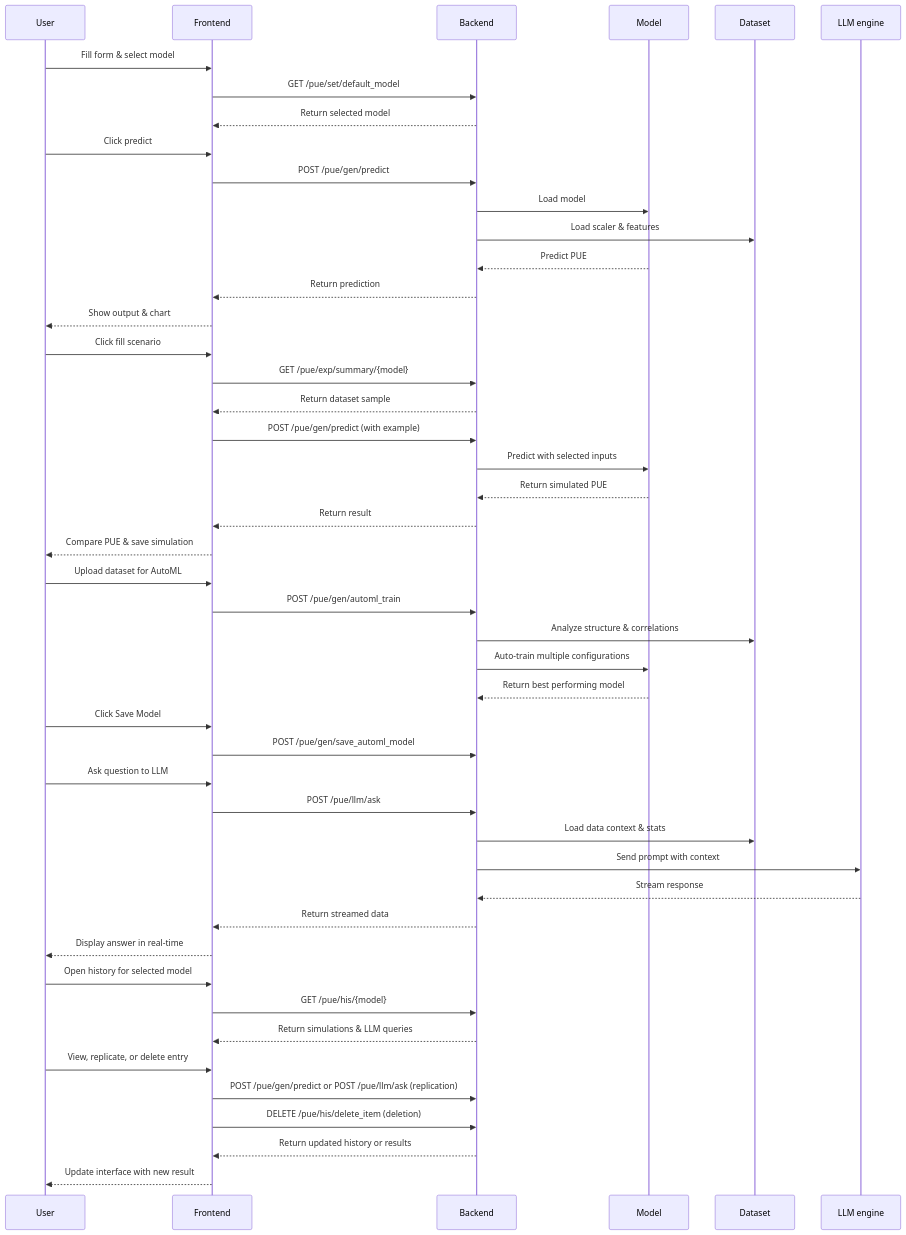
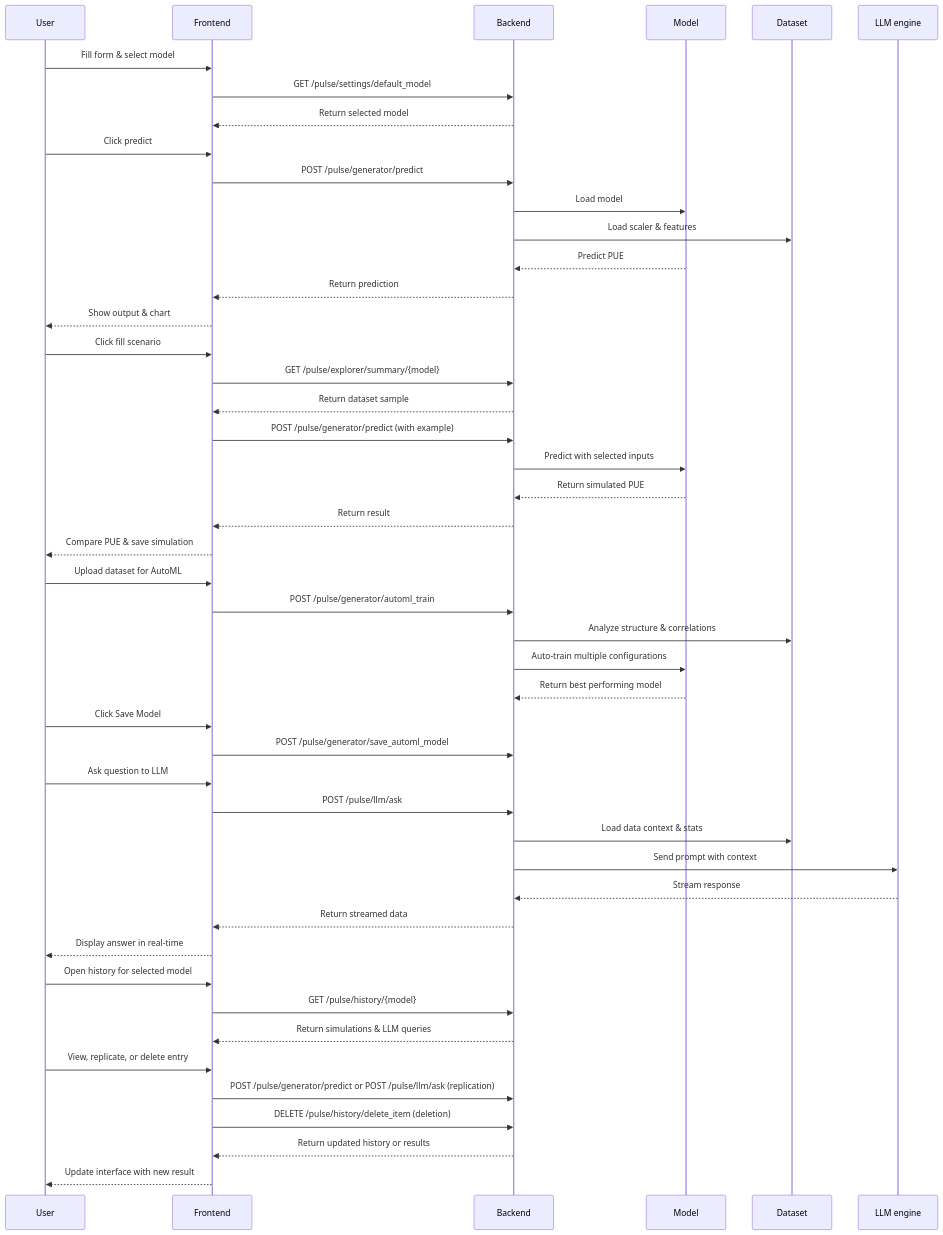
One commit to dflores0806/PULSE changed the second of 2 diagrams in README.md. Above: the diagram before and after it, drawn with Mermaid. The commit also changed other lines of this file and 20 other files, not shown here.

````diff
--- a/README.md
+++ b/README.md
@@ -325,61 +348,61 @@
 ```mermaid
 sequenceDiagram
     participant User
     participant Frontend
     participant Backend
     participant Model
     participant Dataset
     participant LLM as LLM engine
 
     %% Manual Prediction
     User->>Frontend: Fill form & select model
-    Frontend->>Backend: GET /pue/set/default_model
+    Frontend->>Backend: GET /pulse/settings/default_model
     Backend-->>Frontend: Return selected model
 
     User->>Frontend: Click predict
-    Frontend->>Backend: POST /pue/gen/predict
+    Frontend->>Backend: POST /pulse/generator/predict
     Backend->>Model: Load model
     Backend->>Dataset: Load scaler & features
     Model-->>Backend: Predict PUE
     Backend-->>Frontend: Return prediction
     Frontend-->>User: Show output & chart
 
     %% Scenario Simulation
     User->>Frontend: Click fill scenario
-    Frontend->>Backend: GET /pue/exp/summary/{model}
+    Frontend->>Backend: GET /pulse/explorer/summary/{model}
     Backend-->>Frontend: Return dataset sample
-    Frontend->>Backend: POST /pue/gen/predict (with example)
+    Frontend->>Backend: POST /pulse/generator/predict (with example)
     Backend->>Model: Predict with selected inputs
     Model-->>Backend: Return simulated PUE
     Backend-->>Frontend: Return result
     Frontend-->>User: Compare PUE & save simulation
 
     %% AutoML
     User->>Frontend: Upload dataset for AutoML
-    Frontend->>Backend: POST /pue/gen/automl_train
+    Frontend->>Backend: POST /pulse/generator/automl_train
     Backend->>Dataset: Analyze structure & correlations
     Backend->>Model: Auto-train multiple configurations
     Model-->>Backend: Return best performing model
     User->>Frontend: Click Save Model
-    Frontend->>Backend: POST /pue/gen/save_automl_model
+    Frontend->>Backend: POST /pulse/generator/save_automl_model
 
     %% LLM Assistant
     User->>Frontend: Ask question to LLM
-    Frontend->>Backend: POST /pue/llm/ask
+    Frontend->>Backend: POST /pulse/llm/ask
     Backend->>Dataset: Load data context & stats
     Backend->>LLM: Send prompt with context
     LLM-->>Backend: Stream response
     Backend-->>Frontend: Return streamed data
     Frontend-->>User: Display answer in real-time
 
     %% History Actions
     User->>Frontend: Open history for selected model
-    Frontend->>Backend: GET /pue/his/{model}
+    Frontend->>Backend: GET /pulse/history/{model}
     Backend-->>Frontend: Return simulations & LLM queries
     User->>Frontend: View, replicate, or delete entry
-    Frontend->>Backend: POST /pue/gen/predict or POST /pue/llm/ask (replication)
-    Frontend->>Backend: DELETE /pue/his/delete_item (deletion)
+    Frontend->>Backend: POST /pulse/generator/predict or POST /pulse/llm/ask (replication)
+    Frontend->>Backend: DELETE /pulse/history/delete_item (deletion)
     Backend-->>Frontend: Return updated history or results
     Frontend-->>User: Update interface with new result
 
 ```
````
